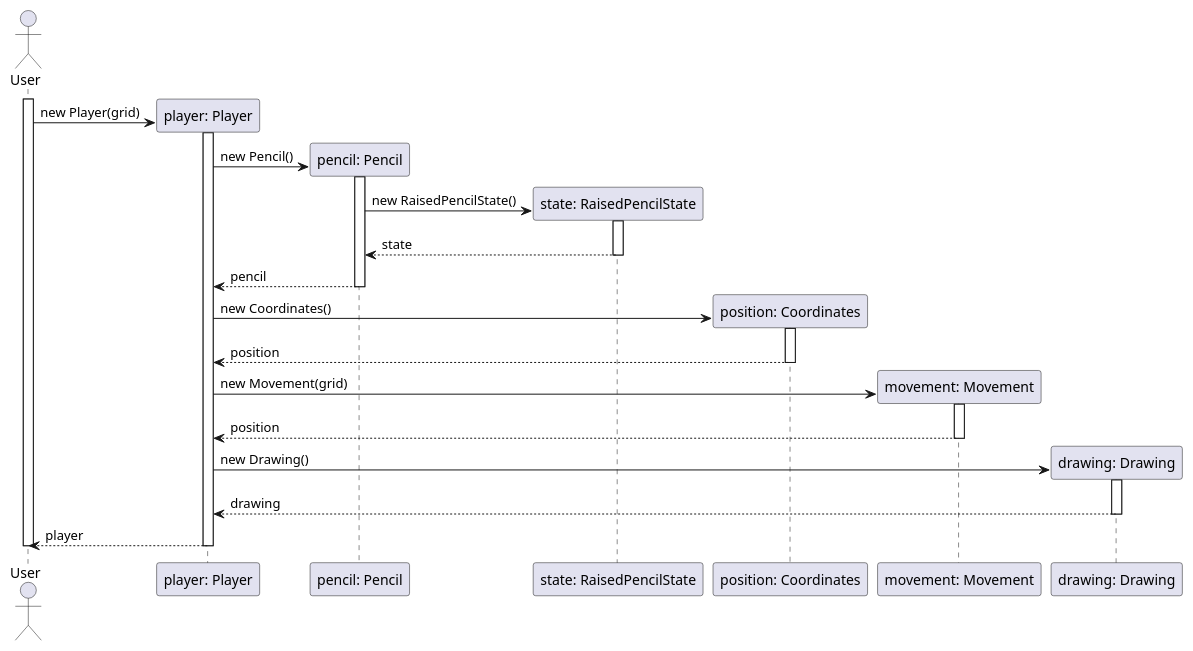
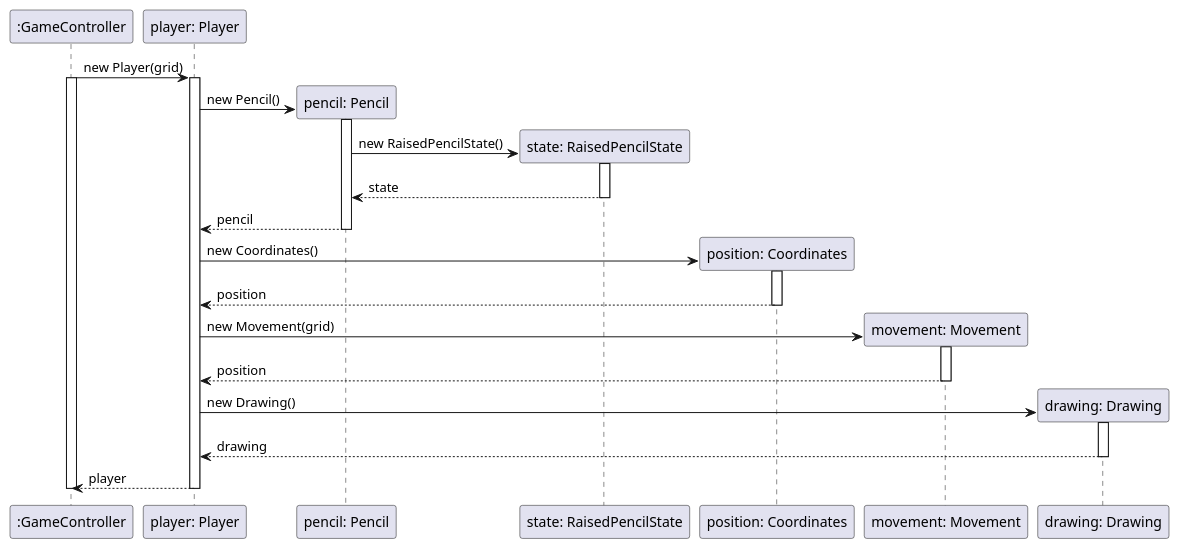
One commit to mati1297/tp2_algoblocks changed the diagram in docs/diagrams/sequence/player_creation.plantuml. Above: the diagram before and after it, drawn with PlantUML. The commit also changed 2 other files, not shown here.

Commit message:
Modified sequence diagrams

```diff
--- a/docs/diagrams/sequence/player_creation.plantuml
+++ b/docs/diagrams/sequence/player_creation.plantuml
@@ -1,36 +1,37 @@
 @startuml player_creation
 
-Actor User
-activate User
+
+
+":GameController" -> "player: Player": new Player(grid)
 create "player: Player"
-User -> "player: Player": new Player(grid)
+activate ":GameController"
 activate "player: Player"
 
 create "pencil: Pencil"
 "player: Player" -> "pencil: Pencil": new Pencil()
 activate "pencil: Pencil"
 create "state: RaisedPencilState"
 "pencil: Pencil" -> "state: RaisedPencilState": new RaisedPencilState()
 activate "state: RaisedPencilState"
 return state
 return pencil
 
 create "position: Coordinates"
 "player: Player" -> "position: Coordinates": new Coordinates()
 activate "position: Coordinates"
 return position
 
 create "movement: Movement"
 "player: Player" -> "movement: Movement": new Movement(grid)
 activate "movement: Movement"
 return position
 
 create "drawing: Drawing"
 "player: Player" -> "drawing: Drawing": new Drawing()
 activate "drawing: Drawing"
 return drawing
 
 return player
-deactivate User
+deactivate ":GameController"
 
 @enduml
```
